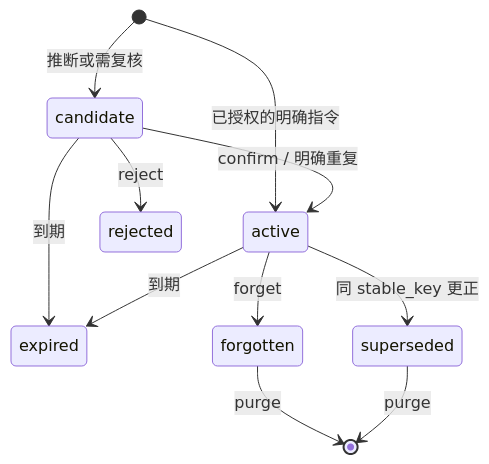
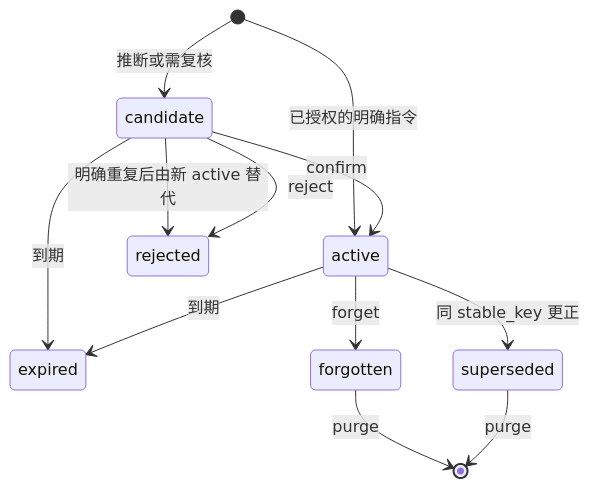
The fourth of 4 diagrams in docs/ARCHITECTURE.md (tianhao8687/CompanionMemoryOS), drawn with Mermaid before and after one commit. The commit also changed other lines of this file and 10 other files, not shown here.

````diff
--- a/docs/ARCHITECTURE.md
+++ b/docs/ARCHITECTURE.md
@@ -82,13 +103,14 @@
 ```mermaid
 stateDiagram-v2
     [*] --> candidate: 推断或需复核
     [*] --> active: 已授权的明确指令
-    candidate --> active: confirm / 明确重复
+    candidate --> active: confirm
+    candidate --> rejected: 明确重复后由新 active 替代
     candidate --> rejected: reject
     candidate --> expired: 到期
     active --> superseded: 同 stable_key 更正
     active --> forgotten: forget
     active --> expired: 到期
     forgotten --> [*]: purge
     superseded --> [*]: purge
 ```
````
